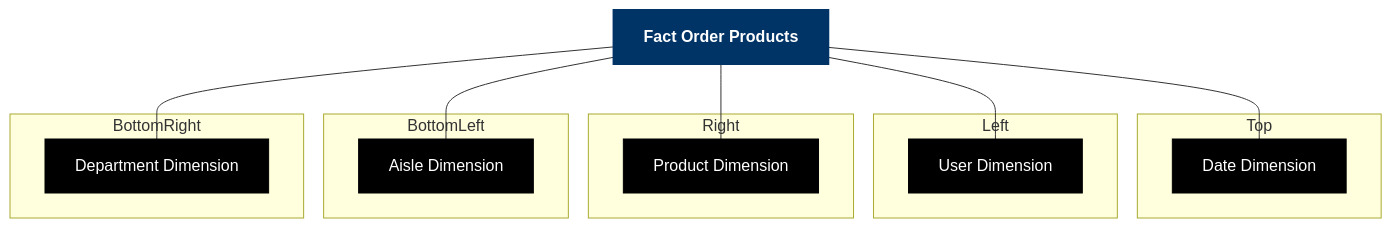
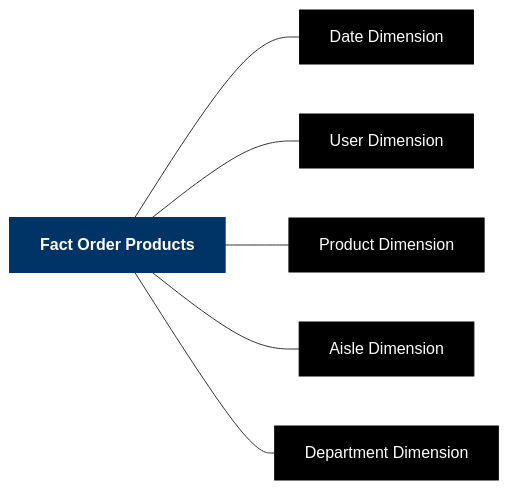
Before and after one commit to YonatanHanasav/Data-Engineering-Projects: the second of 2 diagrams in spark-star-schema-project/README.md, drawn with Mermaid.

Commit message:
Updated star schema mermaid

````diff
--- a/spark-star-schema-project/README.md
+++ b/spark-star-schema-project/README.md
@@ -59,33 +59,23 @@
 ```mermaid
-graph TD
-    subgraph Top
-        DIM_DATE["Date Dimension"]
-    end
-    subgraph Left
-        DIM_USER["User Dimension"]
-    end
-    subgraph Right
-        DIM_PRODUCT["Product Dimension"]
-    end
-    subgraph BottomLeft
-        DIM_AISLE["Aisle Dimension"]
-    end
-    subgraph BottomRight
-        DIM_DEPARTMENT["Department Dimension"]
-    end
+graph LR
+    DIM_DATE["Date Dimension"]
+    DIM_USER["User Dimension"]
+    DIM_PRODUCT["Product Dimension"]
+    DIM_AISLE["Aisle Dimension"]
+    DIM_DEPARTMENT["Department Dimension"]
 
     FACT["Fact Order Products"]
 
     FACT --- DIM_DATE
     FACT --- DIM_USER
     FACT --- DIM_PRODUCT
     FACT --- DIM_AISLE
     FACT --- DIM_DEPARTMENT
 
     style FACT fill:#003366,stroke:#003366,stroke-width:2px,color:#fff,font-weight:bold
     style DIM_DATE fill:#000,stroke:#000,stroke-width:1px,color:#fff
     style DIM_USER fill:#000,stroke:#000,stroke-width:1px,color:#fff
     style DIM_PRODUCT fill:#000,stroke:#000,stroke-width:1px,color:#fff
     style DIM_AISLE fill:#000,stroke:#000,stroke-width:1px,color:#fff
     style DIM_DEPARTMENT fill:#000,stroke:#000,stroke-width:1px,color:#fff
 ```
````
